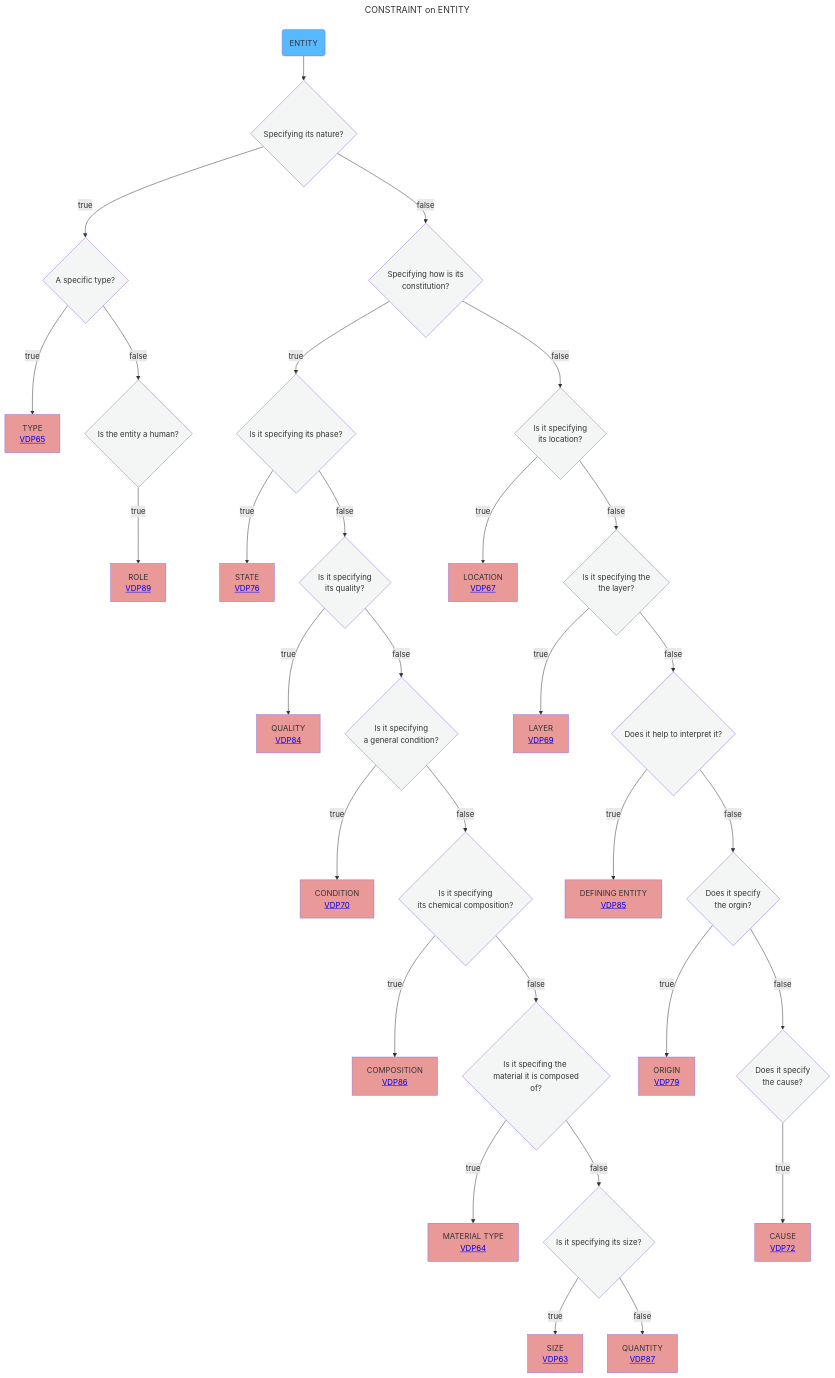
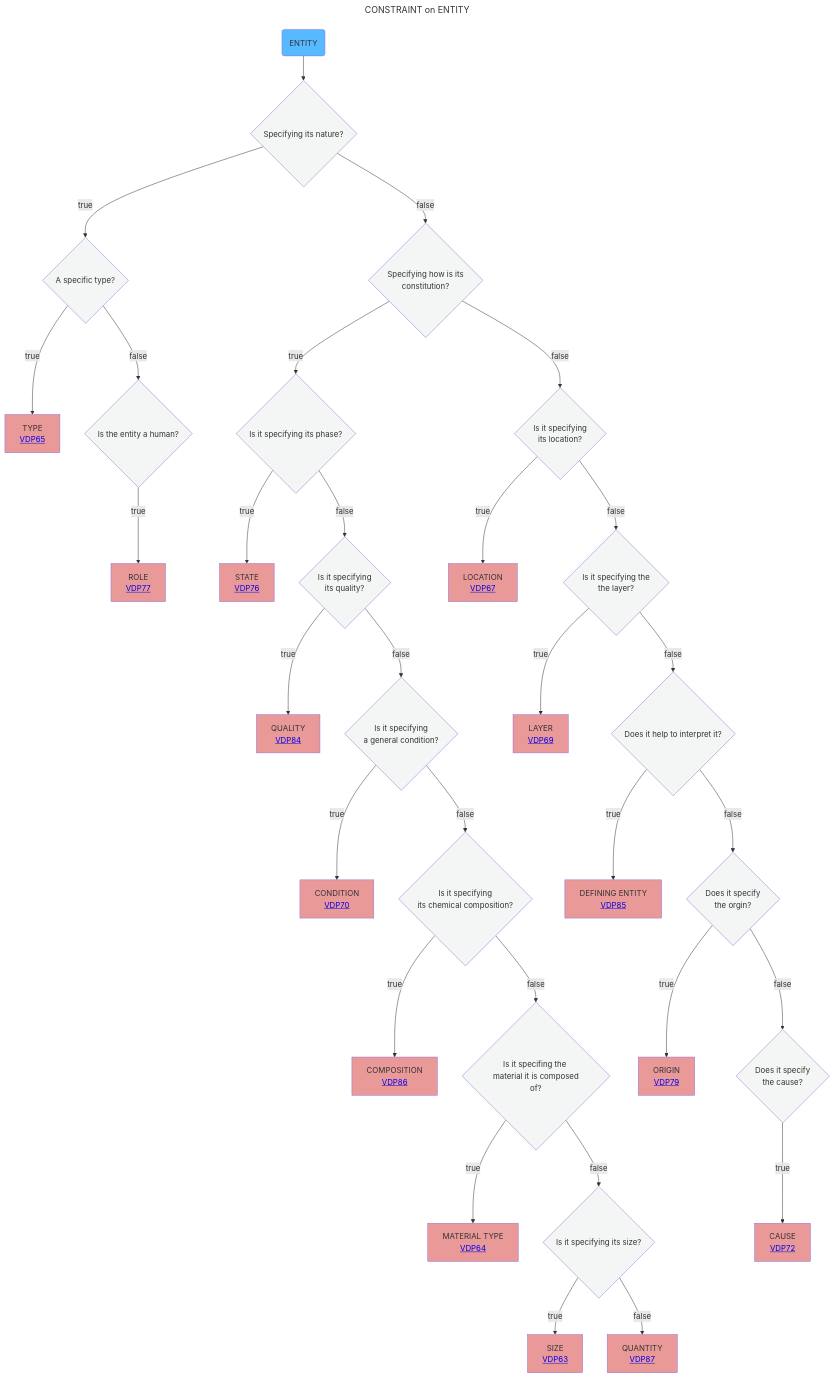
Before and after one commit to mabablue/I-ADOPT-patterns-playground: the diagram in Decisition_trees/DT8.mmd, drawn with Mermaid.

```diff
--- a/Decisition_trees/DT8.mmd
+++ b/Decisition_trees/DT8.mmd
@@ -1,38 +1,38 @@
 ---
 title: CONSTRAINT on ENTITY
 ---
 flowchart TD
     A(ENTITY):::satblue  --> AB{Specifying its nature?}:::white
     AB --> |true|B{A specific type?}:::white
     AB --> |false|E{Specifying how is its <br> constitution?}:::white
     B --> |true|C[TYPE <br> <a href='https://github.com/mabablue/I-ADOPT-patterns-playground/blob/main/pattern/VDP65.yaml'>VDP65</a>]:::rose
     B --> |false|D{Is the entity a human?}:::white
-    D --> |true|F[ROLE <br> <a href='https://github.com/mabablue/I-ADOPT-patterns-playground/blob/main/pattern/VDP89.yaml'>VDP89</a>]:::rose
+    D --> |true|F[ROLE <br> <a href='https://github.com/mabablue/I-ADOPT-patterns-playground/blob/main/pattern/VDP77.yaml'>VDP77</a>]:::rose
     E --> |true|G{Is it specifying its phase?}:::white
     E --> |false|R{Is it specifying <br> its location?}:::white
     G --> |true|H[STATE <br> <a href='https://github.com/mabablue/I-ADOPT-patterns-playground/blob/main/pattern/VDP76.yaml'>VDP76</a>]:::rose
     G --> |false|I{Is it specifying <br> its quality?}:::white
     I --> |true|K[QUALITY <br> <a href='https://github.com/mabablue/I-ADOPT-patterns-playground/blob/main/pattern/VDP84.yaml'>VDP84</a>]:::rose
     I --> |false|L{Is it specifying <br> a general condition?}:::white
     L --> |true|LA[CONDITION <br> <a href='https://github.com/mabablue/I-ADOPT-patterns-playground/blob/main/pattern/VDP70.yaml'>VDP70</a>]:::rose
     L --> |false|LM{Is it specifying <br> its chemical composition?}:::white
     LM --> |true|M[COMPOSITION <br> <a href='https://github.com/mabablue/I-ADOPT-patterns-playground/blob/main/pattern/VDP86.yaml'>VDP86</a>]:::rose
     LM --> |false|N{Is it specifing the <br> material it is composed of?}:::white
     N --> |true|O[MATERIAL TYPE <br> <a href='https://github.com/mabablue/I-ADOPT-patterns-playground/blob/main/pattern/VDP64.yaml'>VDP64</a>]:::rose
     N --> |false|P{Is it specifying its size?}:::white
     P --> |true|Q[SIZE <br> <a href='https://github.com/mabablue/I-ADOPT-patterns-playground/blob/main/pattern/VDP63.yaml'>VDP63</a>]:::rose
     P --> |false|QR[QUANTITY <br> <a href='https://github.com/mabablue/I-ADOPT-patterns-playground/blob/main/pattern/VDP87.yaml'>VDP87</a>]:::rose 
     R --> |true|S[LOCATION <br> <a href='https://github.com/mabablue/I-ADOPT-patterns-playground/blob/main/pattern/VDP67.yaml'>VDP67</a>]:::rose 
     R --> |false|T{Is it specifying the <br> the layer?}:::white
     T --> |true|U[LAYER <br> <a href='https://github.com/mabablue/I-ADOPT-patterns-playground/blob/main/pattern/VDP69.yaml'>VDP69</a>]:::rose
     T --> |false|V{Does it help to interpret it?}:::white
     V --> |true|W[DEFINING ENTITY <br> <a href='https://github.com/mabablue/I-ADOPT-patterns-playground/blob/main/pattern/VDP85.yaml'>VDP85</a>]:::rose
     V --> |false|VW{Does it specify <br> the orgin?}:::white
     VW --> |true|WV[ORIGIN <br> <a href='https://github.com/mabablue/I-ADOPT-patterns-playground/blob/main/pattern/VDP79.yaml'>VDP79</a>]:::rose
     VW --> |false|X{Does it specify <br> the cause?}:::white
     X --> |true|Y[CAUSE <br> <a href='https://github.com/mabablue/I-ADOPT-patterns-playground/blob/main/pattern/VDP72.yaml'>VDP72</a>]:::rose
    classDef blue fill:#90D5FF
    classDef satblue fill:#57B9FF 
    classDef white fill:#f3f6f4
    classDef green fill:#6aa84f
    classDef rose fill:#ea9999
```
